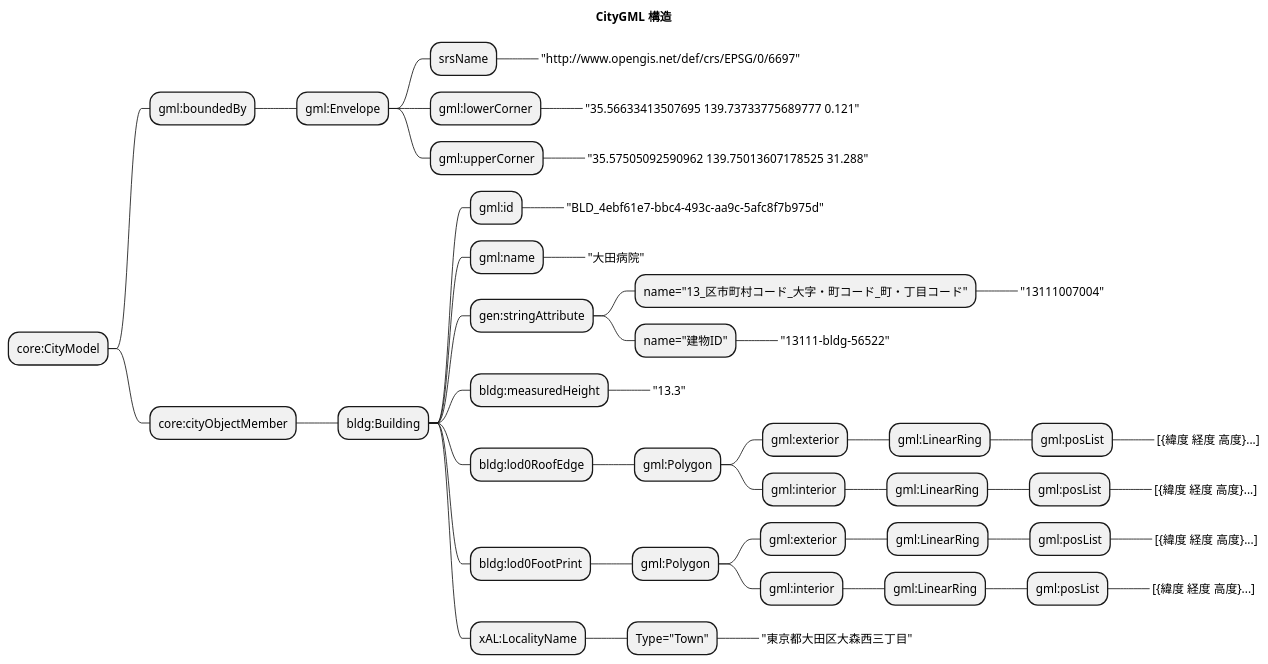
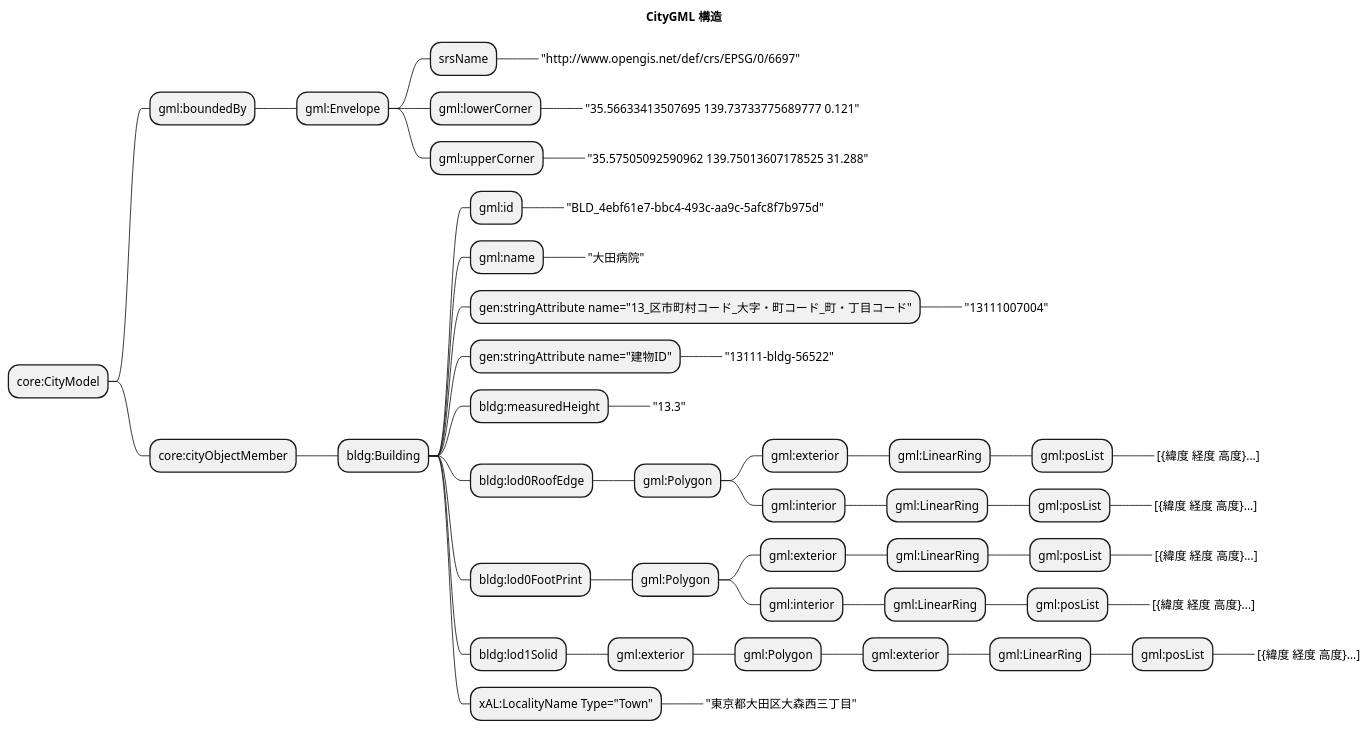
Before and after one commit to yuuhayashi/citygml-osm: the diagram in doc/citygml/citygml.mind.pu, drawn with PlantUML. The commit also changed 11 other files, not shown here.

```diff
--- a/doc/citygml/citygml.mind.pu
+++ b/doc/citygml/citygml.mind.pu
@@ -1,50 +1,61 @@
 @startmindmap
 title CityGML 構造
 
 * core:CityModel
 ** gml:boundedBy
 *** gml:Envelope
 **** srsName
 *****_ "http://www.opengis.net/def/crs/EPSG/0/6697"
 **** gml:lowerCorner
 *****_ "35.56633413507695 139.73733775689777 0.121"
 **** gml:upperCorner
 *****_ "35.57505092590962 139.75013607178525 31.288"
+
 ** core:cityObjectMember
 *** bldg:Building
 **** gml:id
 *****_ "BLD_4ebf61e7-bbc4-493c-aa9c-5afc8f7b975d"
 **** gml:name
 *****_ "大田病院"
-**** gen:stringAttribute
-***** name="13_区市町村コード_大字・町コード_町・丁目コード"
-******_ "13111007004"
-***** name="建物ID"
-******_ "13111-bldg-56522"
+**** gen:stringAttribute name="13_区市町村コード_大字・町コード_町・丁目コード"
+*****_ "13111007004"
+**** gen:stringAttribute name="建物ID"
+*****_ "13111-bldg-56522"
+
 **** bldg:measuredHeight
 *****_ "13.3"
+
 **** bldg:lod0RoofEdge
 ***** gml:Polygon
 ****** gml:exterior
 ******* gml:LinearRing
 ******** gml:posList
 *********_ [{緯度 経度 高度}...]
 ****** gml:interior
 ******* gml:LinearRing
 ******** gml:posList
 *********_ [{緯度 経度 高度}...]
+
 **** bldg:lod0FootPrint
 ***** gml:Polygon
 ****** gml:exterior
 ******* gml:LinearRing
 ******** gml:posList
 *********_ [{緯度 経度 高度}...]
 ****** gml:interior
 ******* gml:LinearRing
 ******** gml:posList
 *********_ [{緯度 経度 高度}...]
-**** xAL:LocalityName
-***** Type="Town"
-******_ "東京都大田区大森西三丁目"
+
+**** bldg:lod1Solid
+***** gml:exterior
+****** gml:Polygon
+******* gml:exterior
+******** gml:LinearRing
+********* gml:posList
+**********_ [{緯度 経度 高度}...]
+
+**** xAL:LocalityName Type="Town"
+*****_ "東京都大田区大森西三丁目"
 
 @endmindmap
```
